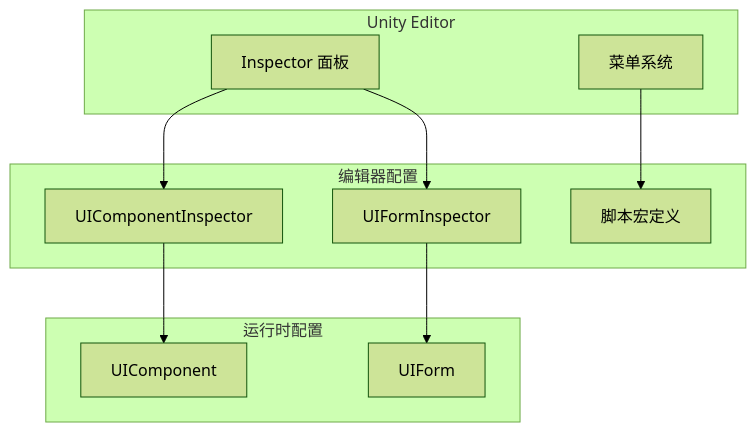
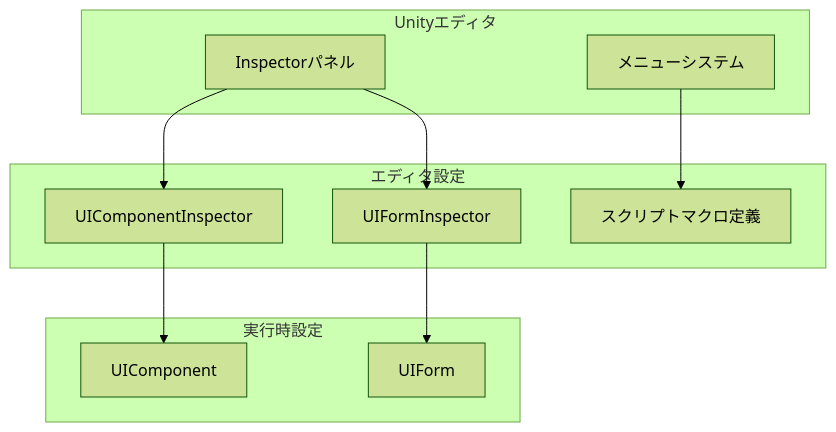
Before and after one commit to AlianBlank/GameFrameX.Docs: the first of 2 diagrams in docs/ja/client/unity/component/ui/15.editor-config.md, drawn with Mermaid (forest theme). The commit also changed other lines of this file and 320 other files, not shown here.

````diff
--- a/docs/ja/client/unity/component/ui/15.editor-config.md
+++ b/docs/ja/client/unity/component/ui/15.editor-config.md
@@ -277,24 +277,24 @@
 ```mermaid
 flowchart TD
-    subgraph UnityEditor["Unity Editor"]
-        Inspector[Inspector 面板]
-        Menu[菜单系统]
+    subgraph UnityEditor["Unityエディタ"]
+        Inspector[Inspectorパネル]
+        Menu[メニューシステム]
     end
 
-    subgraph Config["编辑器配置"]
+    subgraph Config["エディタ設定"]
         UIComponentInspector["UIComponentInspector"]
         UIFormInspector["UIFormInspector"]
-        ScriptingDefineSymbols["脚本宏定义"]
+        ScriptingDefineSymbols["スクリプトマクロ定義"]
     end
 
-    subgraph Runtime["运行时配置"]
+    subgraph Runtime["実行時設定"]
         UIComponent["UIComponent"]
         UIForm["UIForm"]
     end
 
     Inspector --> UIComponentInspector
     Inspector --> UIFormInspector
     Menu --> ScriptingDefineSymbols
     UIComponentInspector --> UIComponent
     UIFormInspector --> UIForm
 ```
````
